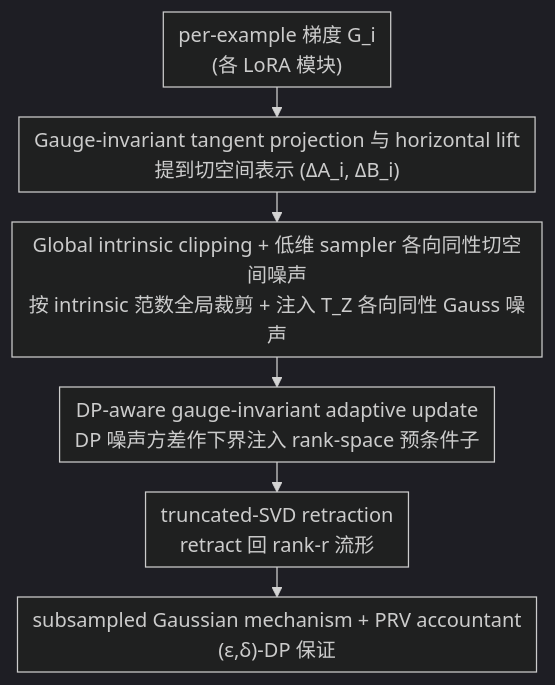
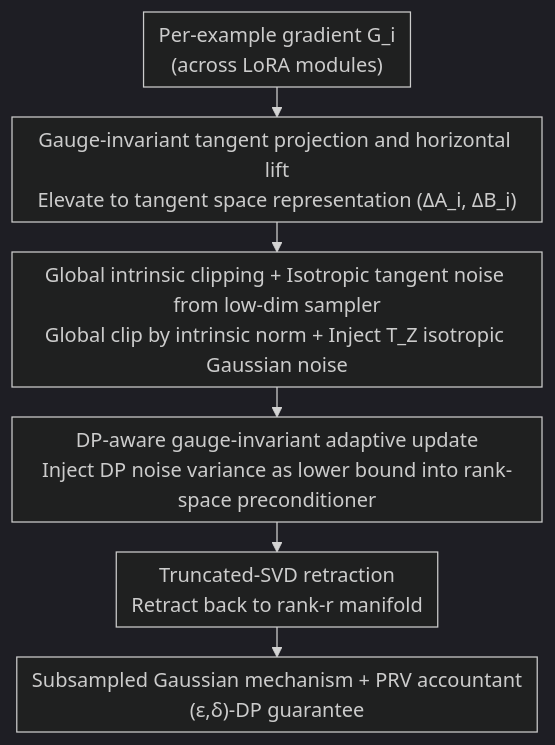
Before and after one commit to zhaoyang97/Paper-Notes-en: the diagram in docs/ICML2026/ai_safety/prism_gauge-invariant_tangent-space_differentially_private_lora.md, drawn with Mermaid (dark theme). The commit also changed other lines of this file and 5084 other files, not shown here.

````diff
--- a/docs/ICML2026/ai_safety/prism_gauge-invariant_tangent-space_differentially_private_lora.md
+++ b/docs/ICML2026/ai_safety/prism_gauge-invariant_tangent-space_differentially_private_lora.md
@@ -46,9 +46,9 @@
 ```mermaid
 %%{init: {'flowchart': {'rankSpacing': 24, 'nodeSpacing': 28, 'padding': 6, 'wrappingWidth': 400}}}%%
 flowchart TD
-    A["per-example 梯度 G_i<br/>(各 LoRA 模块)"] --> B["Gauge-invariant tangent projection 与 horizontal lift<br/>提到切空间表示 (ΔA_i, ΔB_i)"]
-    B --> C["Global intrinsic clipping + 低维 sampler 各向同性切空间噪声<br/>按 intrinsic 范数全局裁剪 + 注入 T_Z 各向同性 Gauss 噪声"]
-    C --> D["DP-aware gauge-invariant adaptive update<br/>DP 噪声方差作下界注入 rank-space 预条件子"]
-    D --> E["truncated-SVD retraction<br/>retract 回 rank-r 流形"]
-    E --> F["subsampled Gaussian mechanism + PRV accountant<br/>(ε,δ)-DP 保证"]
+    A["Per-example gradient G_i<br/>(across LoRA modules)"] --> B["Gauge-invariant tangent projection and horizontal lift<br/>Elevate to tangent space representation (ΔA_i, ΔB_i)"]
+    B --> C["Global intrinsic clipping + Isotropic tangent noise from low-dim sampler<br/>Global clip by intrinsic norm + Inject T_Z isotropic Gaussian noise"]
+    C --> D["DP-aware gauge-invariant adaptive update<br/>Inject DP noise variance as lower bound into rank-space preconditioner"]
+    D --> E["Truncated-SVD retraction<br/>Retract back to rank-r manifold"]
+    E --> F["Subsampled Gaussian mechanism + PRV accountant<br/>(ε,δ)-DP guarantee"]
 ```
````
